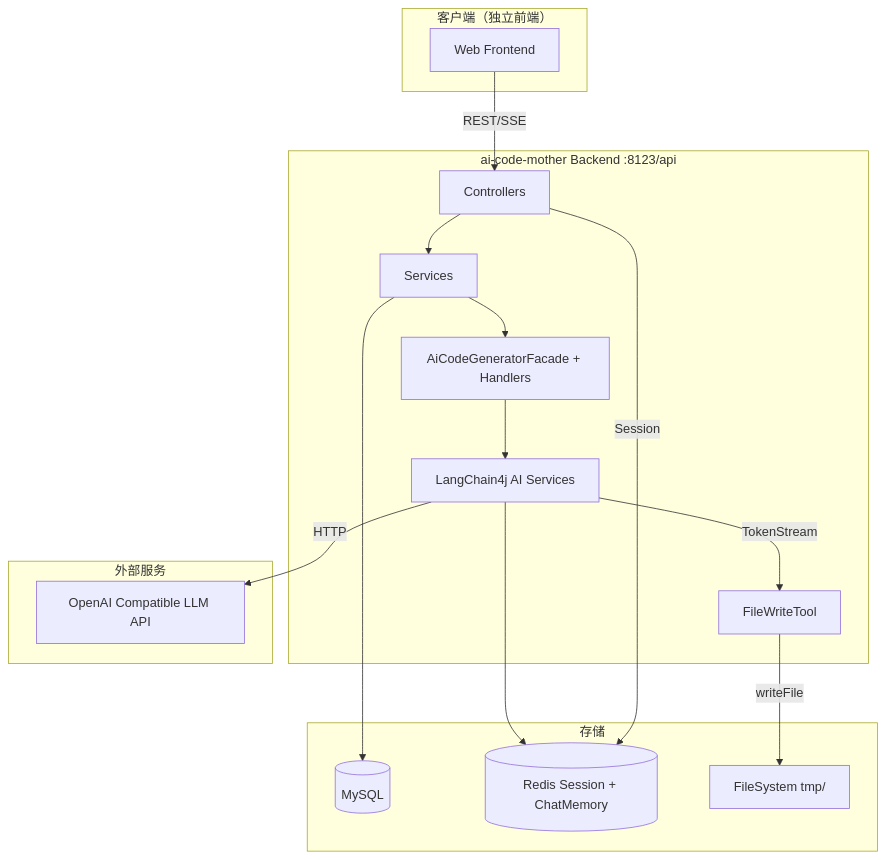
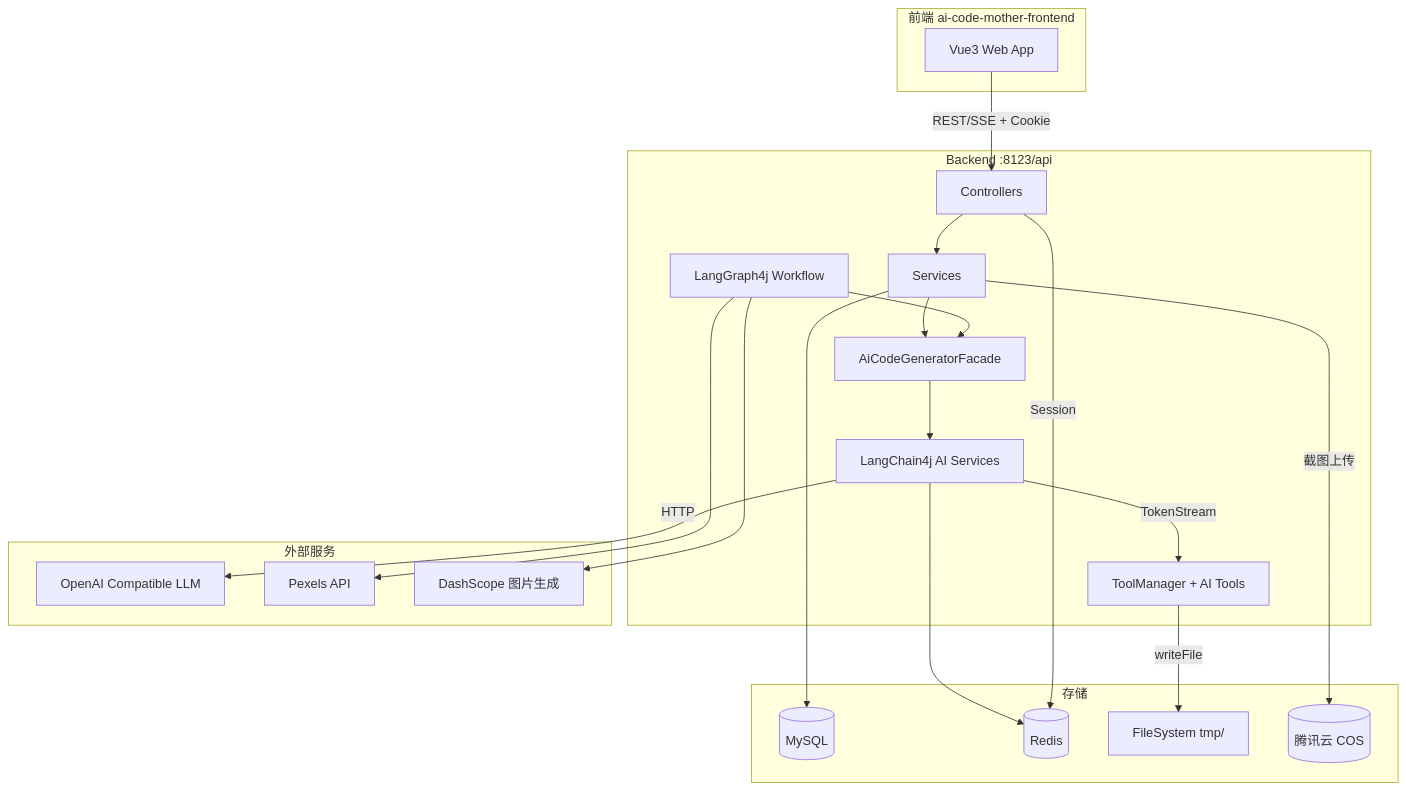
One commit to wangbaoqing587/ai-code-mother changed the diagram in docs/ARCHITECTURE.md. Above: the diagram before and after it, drawn with Mermaid. The commit also changed other lines of this file and 1 other file, not shown here.

````diff
--- a/docs/ARCHITECTURE.md
+++ b/docs/ARCHITECTURE.md
@@ -120,33 +155,41 @@
 ```mermaid
 flowchart TB
-    subgraph Client["客户端（独立前端）"]
-        FE[Web Frontend]
+    subgraph Client["前端 ai-code-mother-frontend"]
+        FE[Vue3 Web App]
     end
 
-    subgraph Backend["ai-code-mother Backend :8123/api"]
+    subgraph Backend["Backend :8123/api"]
         CTRL[Controllers]
         SVC[Services]
-        CORE[AiCodeGeneratorFacade + Handlers]
+        CORE[AiCodeGeneratorFacade]
         AI[LangChain4j AI Services]
-        TOOL[FileWriteTool]
+        TOOL[ToolManager + AI Tools]
+        WF[LangGraph4j Workflow]
     end
 
     subgraph Storage["存储"]
         MySQL[(MySQL)]
-        Redis[(Redis Session + ChatMemory)]
+        Redis[(Redis)]
         FS[FileSystem tmp/]
+        COS[(腾讯云 COS)]
     end
 
     subgraph External["外部服务"]
-        LLM[OpenAI Compatible LLM API]
+        LLM[OpenAI Compatible LLM]
+        Pexels[Pexels API]
+        DashScope[DashScope 图片生成]
     end
 
-    FE -->|REST/SSE| CTRL
+    FE -->|REST/SSE + Cookie| CTRL
     CTRL --> SVC --> CORE --> AI
     AI -->|TokenStream| TOOL
     TOOL -->|writeFile| FS
     AI -->|HTTP| LLM
+    WF --> CORE
+    WF --> Pexels
+    WF --> DashScope
     SVC --> MySQL
     AI --> Redis
     CTRL -->|Session| Redis
+    SVC -->|截图上传| COS
 ```
````
